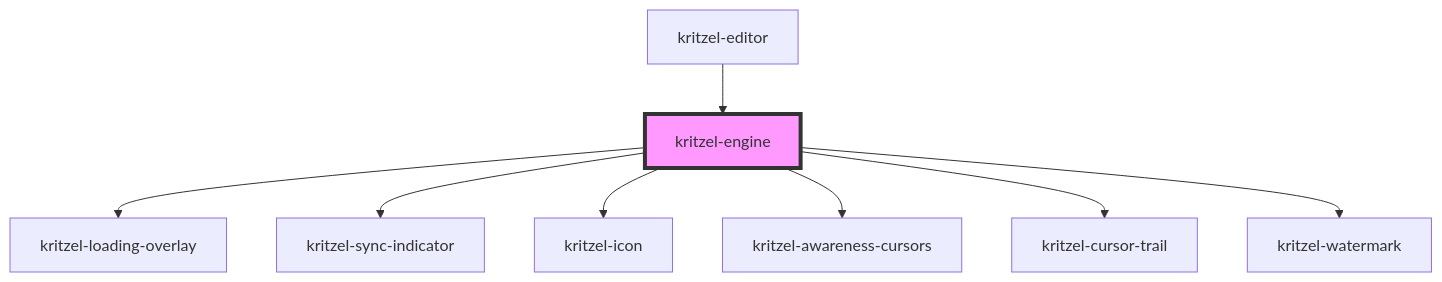
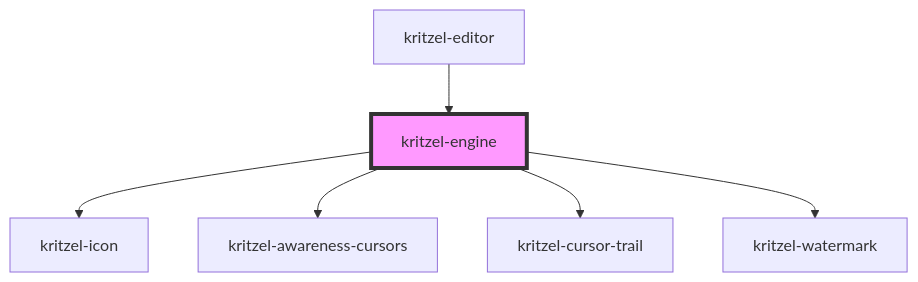
The diagram in libs/kritzel-stencil/src/components/core/kritzel-engine/readme.md (kasual1/kritzel), drawn with Mermaid before and after one commit. The commit also changed other lines of this file and 17 other files, not shown here.

````diff
--- a/libs/kritzel-stencil/src/components/core/kritzel-engine/readme.md
+++ b/libs/kritzel-stencil/src/components/core/kritzel-engine/readme.md
@@ -1190,11 +1188,9 @@
 ```mermaid
 graph TD;
-  kritzel-engine --> kritzel-loading-overlay
-  kritzel-engine --> kritzel-sync-indicator
   kritzel-engine --> kritzel-icon
   kritzel-engine --> kritzel-awareness-cursors
   kritzel-engine --> kritzel-cursor-trail
   kritzel-engine --> kritzel-watermark
   kritzel-editor --> kritzel-engine
   style kritzel-engine fill:#f9f,stroke:#333,stroke-width:4px
 ```
````
